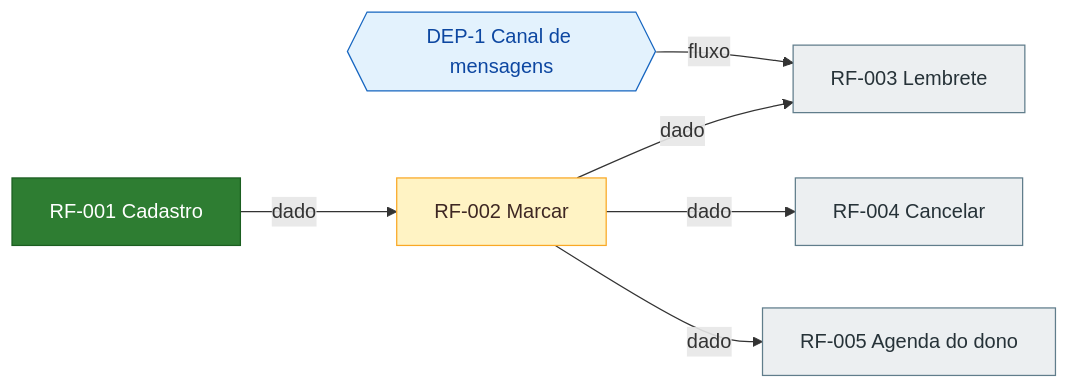
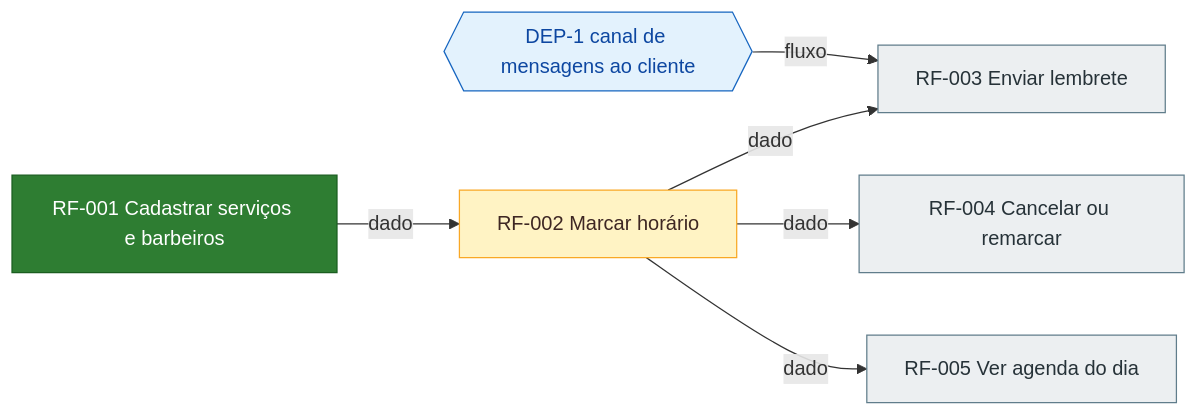
One commit to maiconsouza89/ai-template-harness changed the diagram in .claude/skills/prd-writer/evals/files/barbearia/roadmap.md. Above: the diagram before and after it, drawn with Mermaid. The commit also changed other lines of this file and 9 other files, not shown here.

````diff
--- a/.claude/skills/prd-writer/evals/files/barbearia/roadmap.md
+++ b/.claude/skills/prd-writer/evals/files/barbearia/roadmap.md
@@ -18,19 +18,19 @@
 ```mermaid
 graph LR
-  DEP1{{"DEP-1 Canal de mensagens"}}:::externa
-  RF001["RF-001 Cadastro"]:::feito
-  RF002["RF-002 Marcar"]:::andamento
-  RF003["RF-003 Lembrete"]:::pendente
-  RF004["RF-004 Cancelar"]:::pendente
-  RF005["RF-005 Agenda do dono"]:::pendente
+  DEP1{{"DEP-1 canal de mensagens ao cliente"}}:::externa
+  RF001["RF-001 Cadastrar serviços e barbeiros"]:::feito
+  RF002["RF-002 Marcar horário"]:::andamento
+  RF003["RF-003 Enviar lembrete"]:::pendente
+  RF004["RF-004 Cancelar ou remarcar"]:::pendente
+  RF005["RF-005 Ver agenda do dia"]:::pendente
   RF001 -->|dado| RF002
   RF002 -->|dado| RF003
+  DEP1 -->|fluxo| RF003
   RF002 -->|dado| RF004
   RF002 -->|dado| RF005
-  DEP1 -->|fluxo| RF003
   classDef pendente fill:#eceff1,stroke:#607d8b,color:#263238
   classDef andamento fill:#fff3c4,stroke:#f9a825,color:#3e2723
   classDef feito fill:#2e7d32,stroke:#1b5e20,color:#ffffff
   classDef bloqueado fill:#c62828,stroke:#8e0000,color:#ffffff
   classDef externa fill:#e3f2fd,stroke:#1565c0,color:#0d47a1
 ```
````
